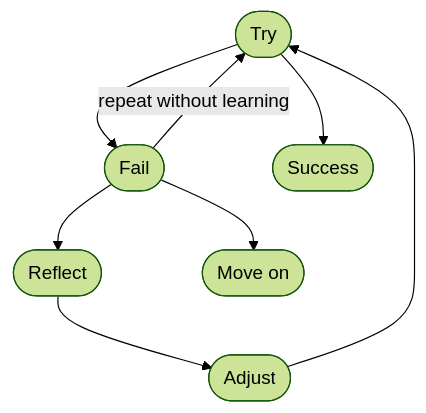
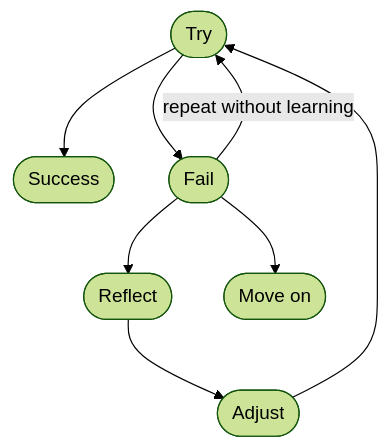
Before and after one commit to thiscantbeserious/erika: the first of 5 diagrams in VISION.md, drawn with Mermaid (forest theme).

````diff
--- a/VISION.md
+++ b/VISION.md
@@ -11,11 +11,11 @@
 ```mermaid
-%%{ init: { 'flowchart': { 'curve': 'basis' } } }%%
-graph TD
-    Try([Try]) --> Fail([Fail])
+%%{ init: { 'flowchart': { 'curve': 'basis', 'nodeSpacing': 40, 'rankSpacing': 60 } } }%%
+flowchart TD
+    Try([Try]) --> Success([Success])
+    Try --> Fail([Fail])
+    Fail -->|repeat without learning| Try
     Fail --> Reflect([Reflect])
-    Fail -->|repeat without learning| Try
     Fail --> GiveUp([Move on])
     Reflect --> Adjust([Adjust])
     Adjust --> Try
-    Try --> Success([Success])
 ```
````
